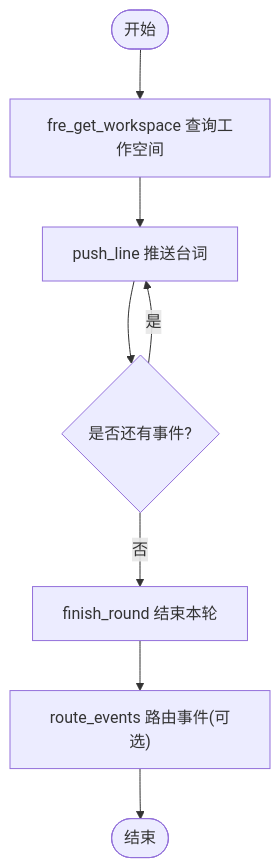
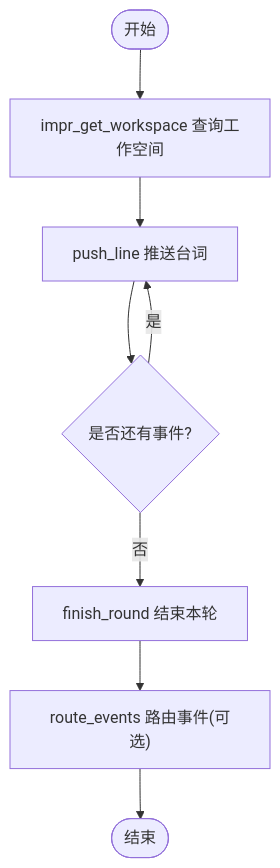
The fifth of 8 diagrams in .qoder/repowiki/zh/content/智能叙事系统/智能叙事系统.md (suzvka/RimLife), drawn with Mermaid before and after one commit. The commit also changed other lines of this file and 26 other files, not shown here.

````diff
--- a/.qoder/repowiki/zh/content/智能叙事系统/智能叙事系统.md
+++ b/.qoder/repowiki/zh/content/智能叙事系统/智能叙事系统.md
@@ -257,10 +269,10 @@
 ```mermaid
 flowchart TD
-Start(["开始"]) --> Get["fre_get_workspace 查询工作空间"]
+Start(["开始"]) --> Get["impr_get_workspace 查询工作空间"]
 Get --> Push["push_line 推送台词"]
 Push --> More{"是否还有事件?"}
 More --> |是| Push
 More --> |否| Finish["finish_round 结束本轮"]
 Finish --> Route["route_events 路由事件(可选)"]
 Route --> End(["结束"])
 ```
````
